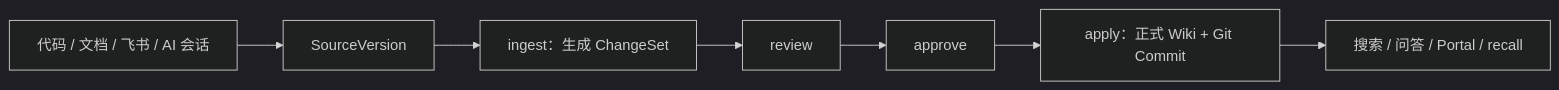
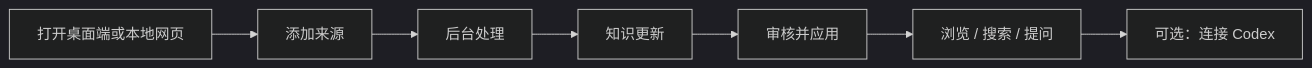
The diagram in docs/USER_GUIDE_CN.md (still0123/MemoryForge), drawn with Mermaid (dark theme) before and after one commit. The commit also changed other lines of this file and 7 other files, not shown here.

````diff
--- a/docs/USER_GUIDE_CN.md
+++ b/docs/USER_GUIDE_CN.md
@@ -25,9 +7,9 @@
 ```mermaid
 flowchart LR
-    A["代码 / 文档 / 飞书 / AI 会话"] --> B["SourceVersion"]
-    B --> C["ingest：生成 ChangeSet"]
-    C --> D["review"]
-    D --> E["approve"]
-    E --> F["apply：正式 Wiki + Git Commit"]
-    F --> G["搜索 / 问答 / Portal / recall"]
+    A[打开桌面端或本地网页] --> B[添加来源]
+    B --> C[后台处理]
+    C --> D[知识更新]
+    D --> E[审核并应用]
+    E --> F[浏览 / 搜索 / 提问]
+    F --> G[可选：连接 Codex]
 ```
````
